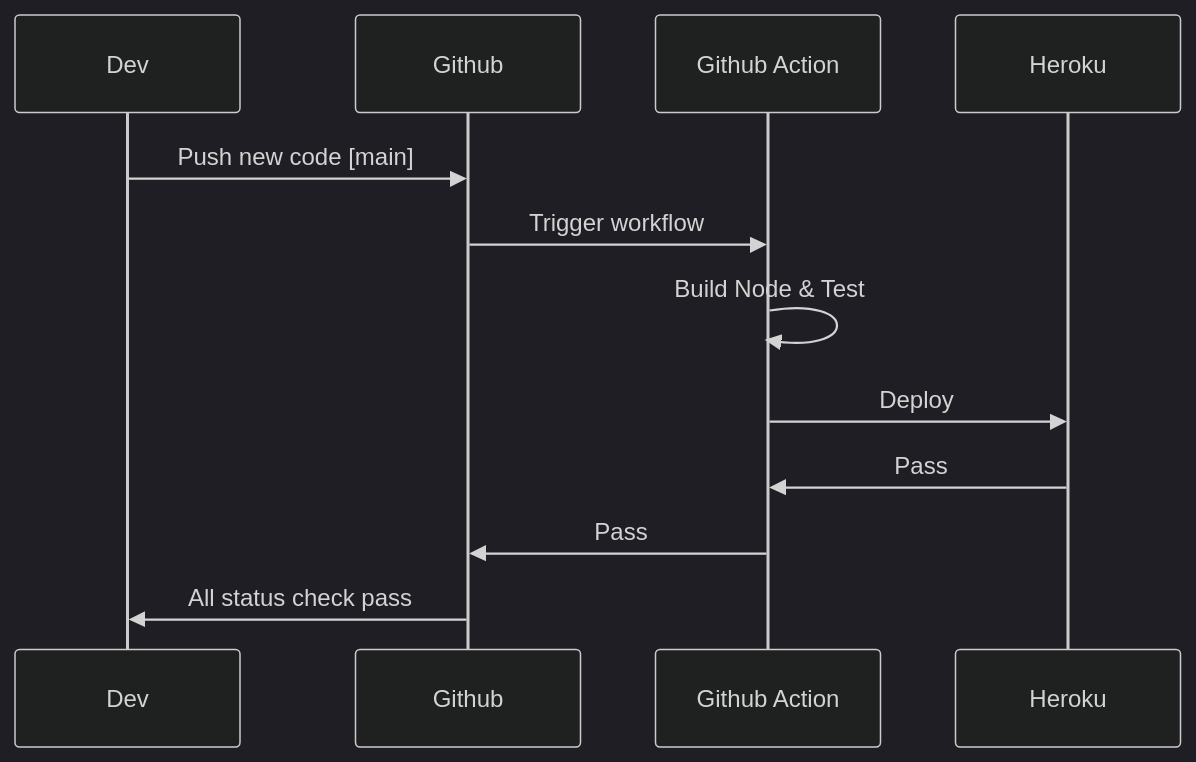
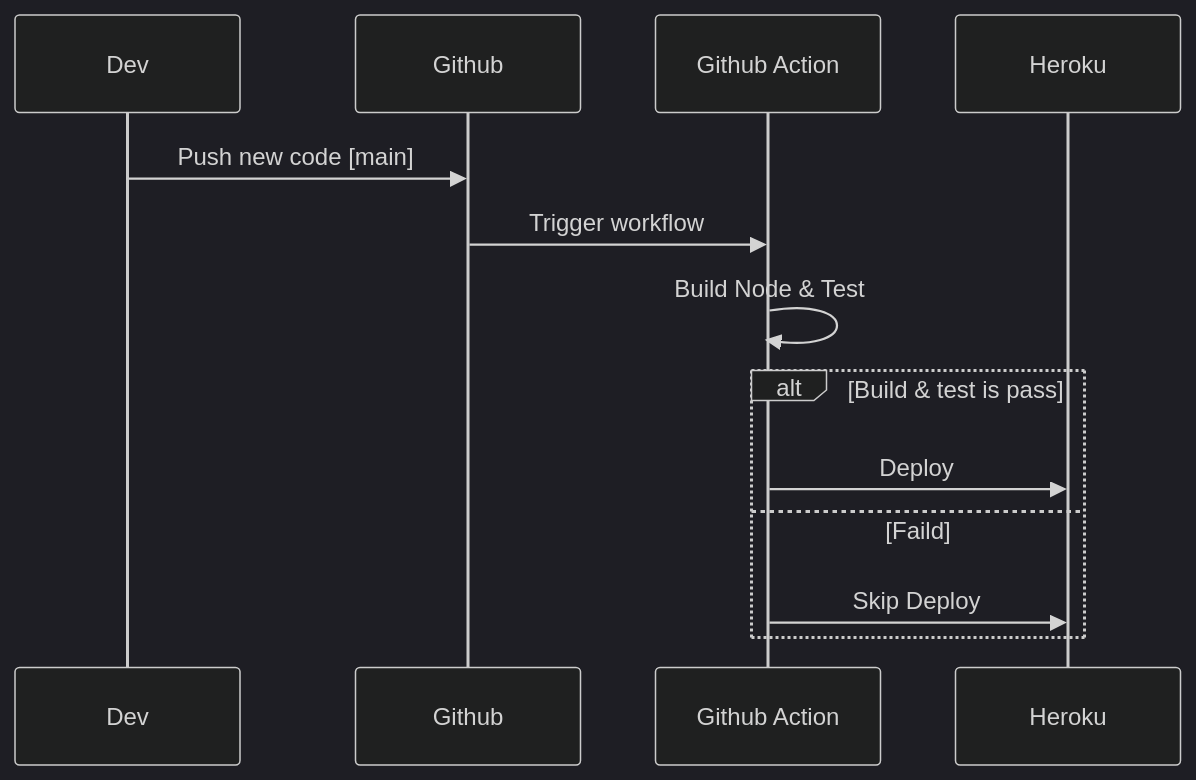
Before and after one commit to Learning-hands-on-repository/github_action_101: the first of 2 diagrams in README.md, drawn with Mermaid (dark theme). The commit also changed other lines of this file, not shown here.

````diff
--- a/README.md
+++ b/README.md
@@ -3,10 +5,11 @@
 ```mermaid
 sequenceDiagram
     Dev->>Github: Push new code [main]
     Github->>Github Action: Trigger workflow
     Github Action->>Github Action: Build Node & Test
-    Github Action->>Heroku: Deploy
-    Heroku->>Github Action: Pass
-    Github Action->>Github: Pass
-    Github->>Dev: All status check pass
+    alt Build & test is pass
+        Github Action->>Heroku: Deploy
+    else Faild
+        Github Action->>Heroku: Skip Deploy
+    end
 ```
````
